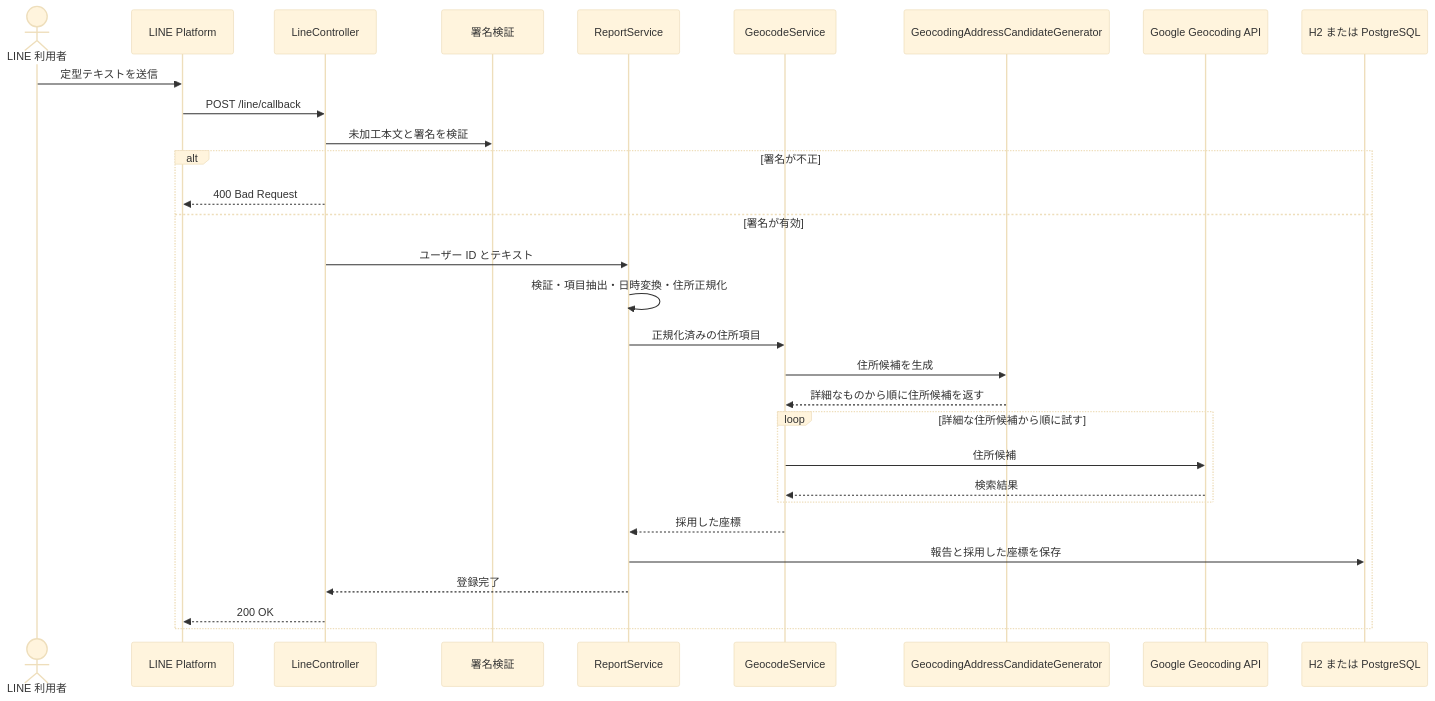
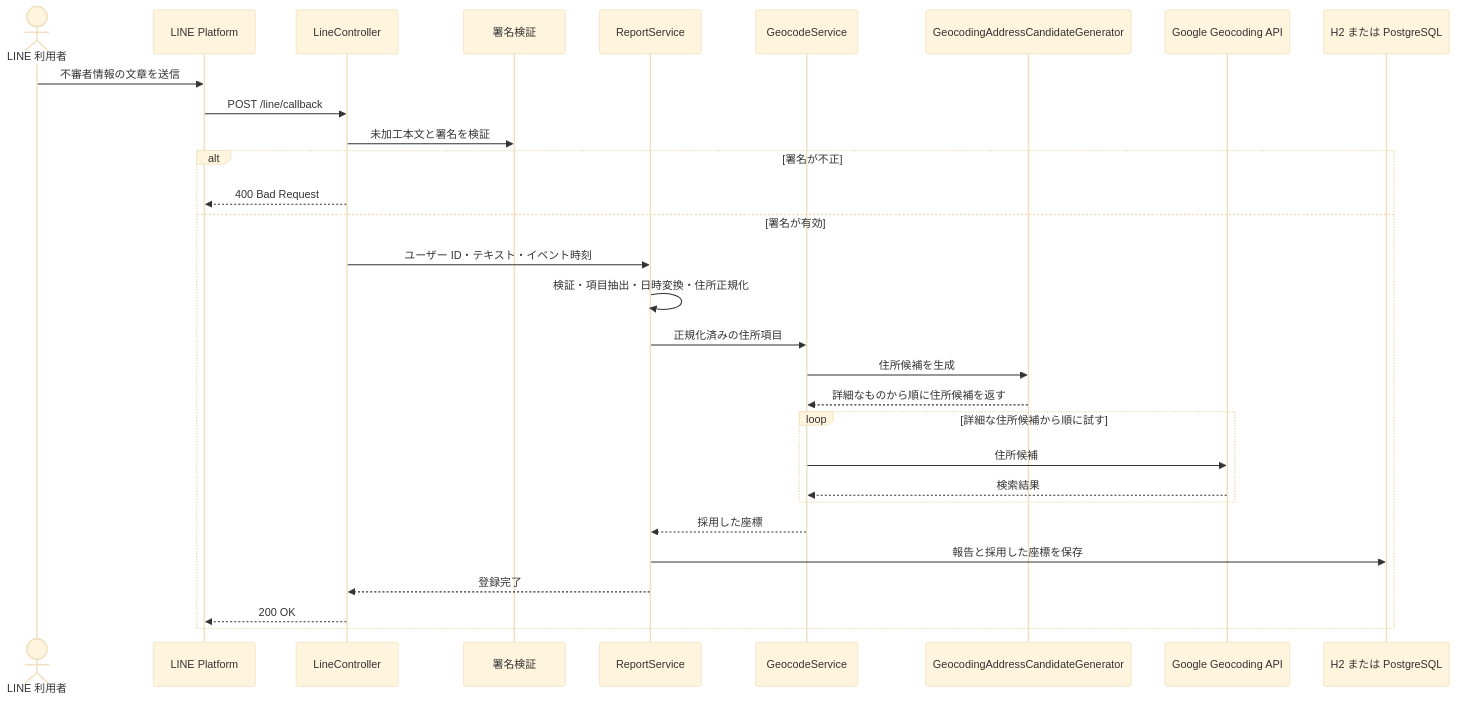
Before and after one commit to TBan34/Suspicious-Person-Map: the third of 5 diagrams in docs/architecture/system-overview.md, drawn with Mermaid (base theme). The commit also changed other lines of this file and 33 other files, not shown here.

````diff
--- a/docs/architecture/system-overview.md
+++ b/docs/architecture/system-overview.md
@@ -120,33 +123,33 @@
 ```mermaid
 sequenceDiagram
     actor User as LINE 利用者
     participant LINE as LINE Platform
     participant Controller as LineController
     participant Verifier as 署名検証
     participant Service as ReportService
     participant Geocode as GeocodeService
     participant Generator as GeocodingAddressCandidateGenerator
     participant Google as Google Geocoding API
     participant DB as H2 または PostgreSQL
 
-    User->>LINE: 定型テキストを送信
+    User->>LINE: 不審者情報の文章を送信
     LINE->>Controller: POST /line/callback
     Controller->>Verifier: 未加工本文と署名を検証
     alt 署名が不正
         Controller-->>LINE: 400 Bad Request
     else 署名が有効
-        Controller->>Service: ユーザー ID とテキスト
+        Controller->>Service: ユーザー ID・テキスト・イベント時刻
         Service->>Service: 検証・項目抽出・日時変換・住所正規化
         Service->>Geocode: 正規化済みの住所項目
         Geocode->>Generator: 住所候補を生成
         Generator-->>Geocode: 詳細なものから順に住所候補を返す
         loop 詳細な住所候補から順に試す
             Geocode->>Google: 住所候補
             Google-->>Geocode: 検索結果
         end
         Geocode-->>Service: 採用した座標
         Service->>DB: 報告と採用した座標を保存
         Service-->>Controller: 登録完了
         Controller-->>LINE: 200 OK
     end
 ```
````
